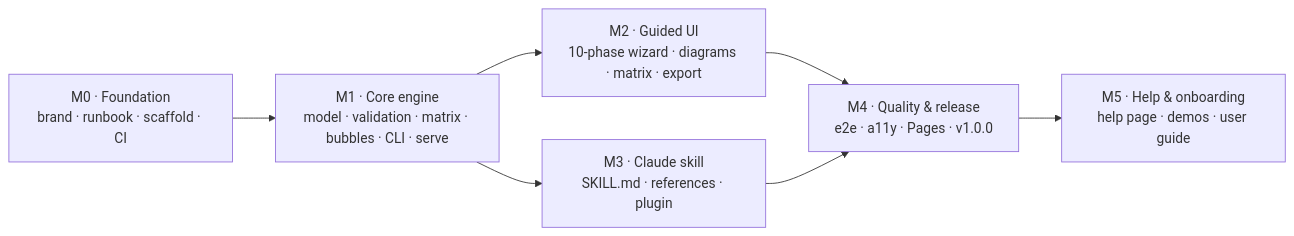
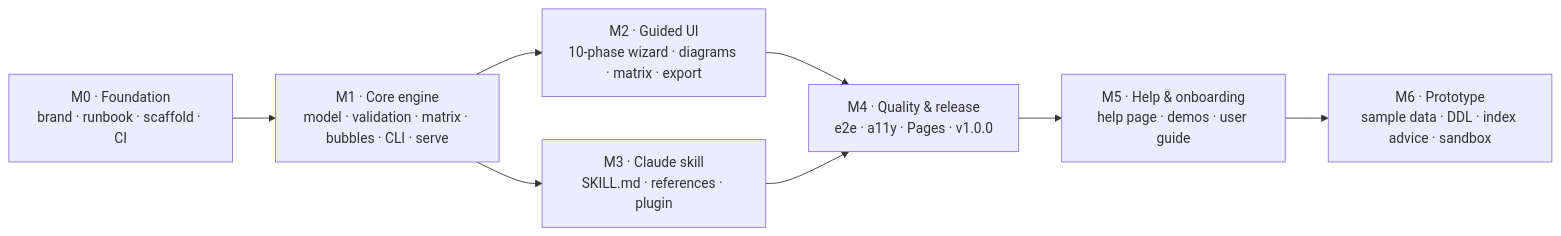
The diagram in docs/ROADMAP.md (kristinnthor/Kimball-designer), drawn with Mermaid before and after one commit. The commit also changed other lines of this file and 76 other files, not shown here.

First line of the commit message:
feat: Prototype phase with sample data, DDL and index advice; owner feedback and review fixes (#49–#54) (#55)

````diff
--- a/docs/ROADMAP.md
+++ b/docs/ROADMAP.md
@@ -5,9 +5,10 @@
 ```mermaid
 flowchart LR
   M0[M0 · Foundation<br/>brand · runbook · scaffold · CI] --> M1[M1 · Core engine<br/>model · validation · matrix · bubbles · CLI · serve]
   M1 --> M2[M2 · Guided UI<br/>10-phase wizard · diagrams · matrix · export]
   M1 --> M3[M3 · Claude skill<br/>SKILL.md · references · plugin]
   M2 --> M4[M4 · Quality & release<br/>e2e · a11y · Pages · v1.0.0]
   M3 --> M4
   M4 --> M5[M5 · Help & onboarding<br/>help page · demos · user guide]
+  M5 --> M6[M6 · Prototype<br/>sample data · DDL · index advice · sandbox]
 ```
````
